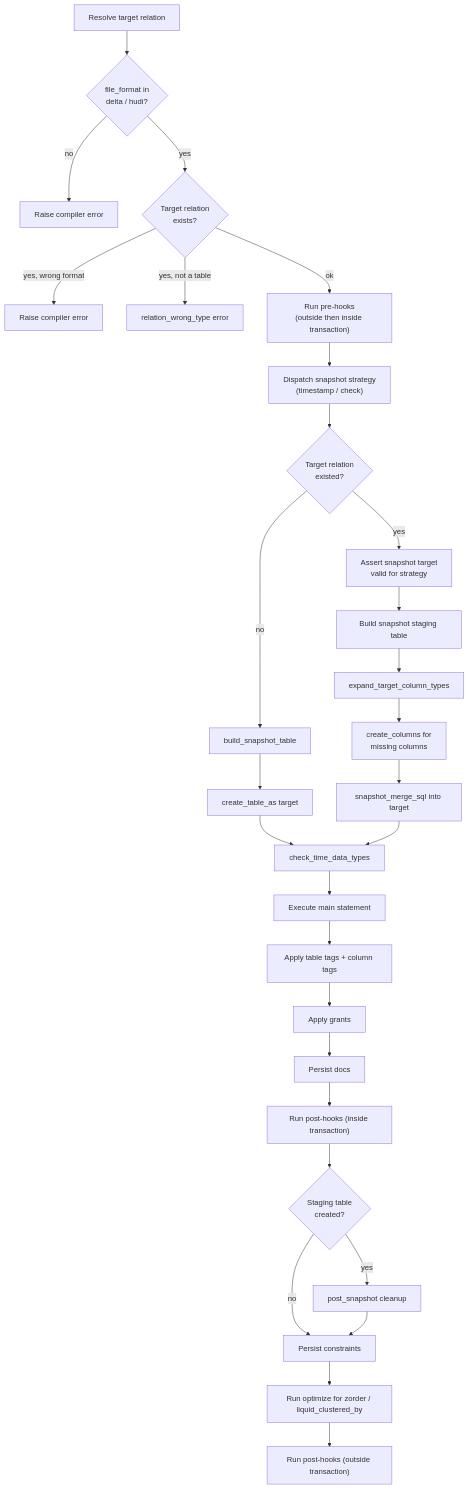
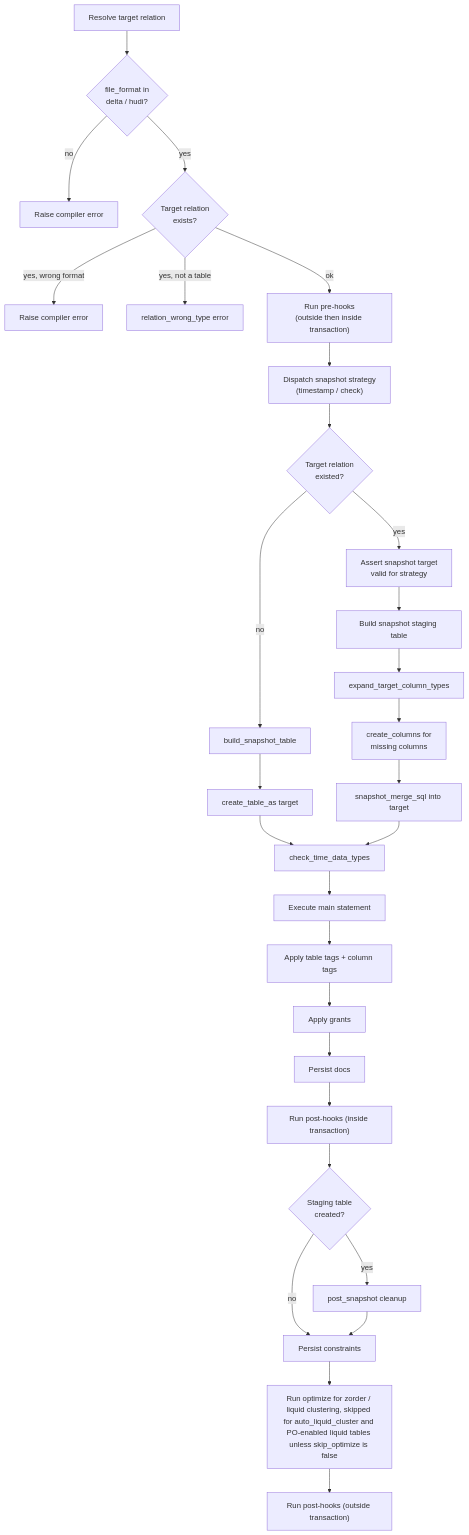
The diagram in docs/flow/snapshot_flow.md (databricks/dbt-databricks), drawn with Mermaid before and after one commit. The commit also changed other lines of this file and 10 other files, not shown here.

Commit message:
fix: skip post-build OPTIMIZE on Predictive Optimization liquid tables

````diff
--- a/docs/flow/snapshot_flow.md
+++ b/docs/flow/snapshot_flow.md
@@ -14,34 +14,34 @@
 ```mermaid
 flowchart TD
     START[Resolve target relation] --> FMT{"file_format in<br/>delta / hudi?"}
     FMT -- no --> RAISE1[Raise compiler error]
     FMT -- yes --> EXIST{"Target relation<br/>exists?"}
 
     EXIST -- "yes, wrong format" --> RAISE2[Raise compiler error]
     EXIST -- "yes, not a table" --> RAISE3[relation_wrong_type error]
     EXIST -- ok --> PRE["Run pre-hooks<br/>(outside then inside transaction)"]
 
     PRE --> STRAT["Dispatch snapshot strategy<br/>(timestamp / check)"]
     STRAT --> FIRST{"Target relation<br/>existed?"}
 
     FIRST -- no --> BUILD[build_snapshot_table] --> CREATE[create_table_as target]
     FIRST -- yes --> ASSERT["Assert snapshot target<br/>valid for strategy"]
     ASSERT --> STAGE[Build snapshot staging table]
     STAGE --> EXPAND[expand_target_column_types]
     EXPAND --> ADDCOLS["create_columns for<br/>missing columns"]
     ADDCOLS --> MERGE[snapshot_merge_sql into target]
 
     CREATE --> TYPECHECK[check_time_data_types]
     MERGE --> TYPECHECK
     TYPECHECK --> MAIN["Execute main statement"]
     MAIN --> TAGS[Apply table tags + column tags]
     TAGS --> GRANTS[Apply grants]
     GRANTS --> DOCS[Persist docs]
     DOCS --> POSTIN["Run post-hooks (inside transaction)"]
     POSTIN --> CLEAN{"Staging table<br/>created?"}
     CLEAN -- yes --> POSTSNAP[post_snapshot cleanup]
     CLEAN -- no --> CONST
     POSTSNAP --> CONST[Persist constraints]
-    CONST --> OPT[Run optimize for zorder / liquid_clustered_by]
+    CONST --> OPT[Run optimize for zorder / liquid clustering, skipped for auto_liquid_cluster and PO-enabled liquid tables unless skip_optimize is false]
     OPT --> POSTOUT["Run post-hooks (outside transaction)"]
 ```
````
